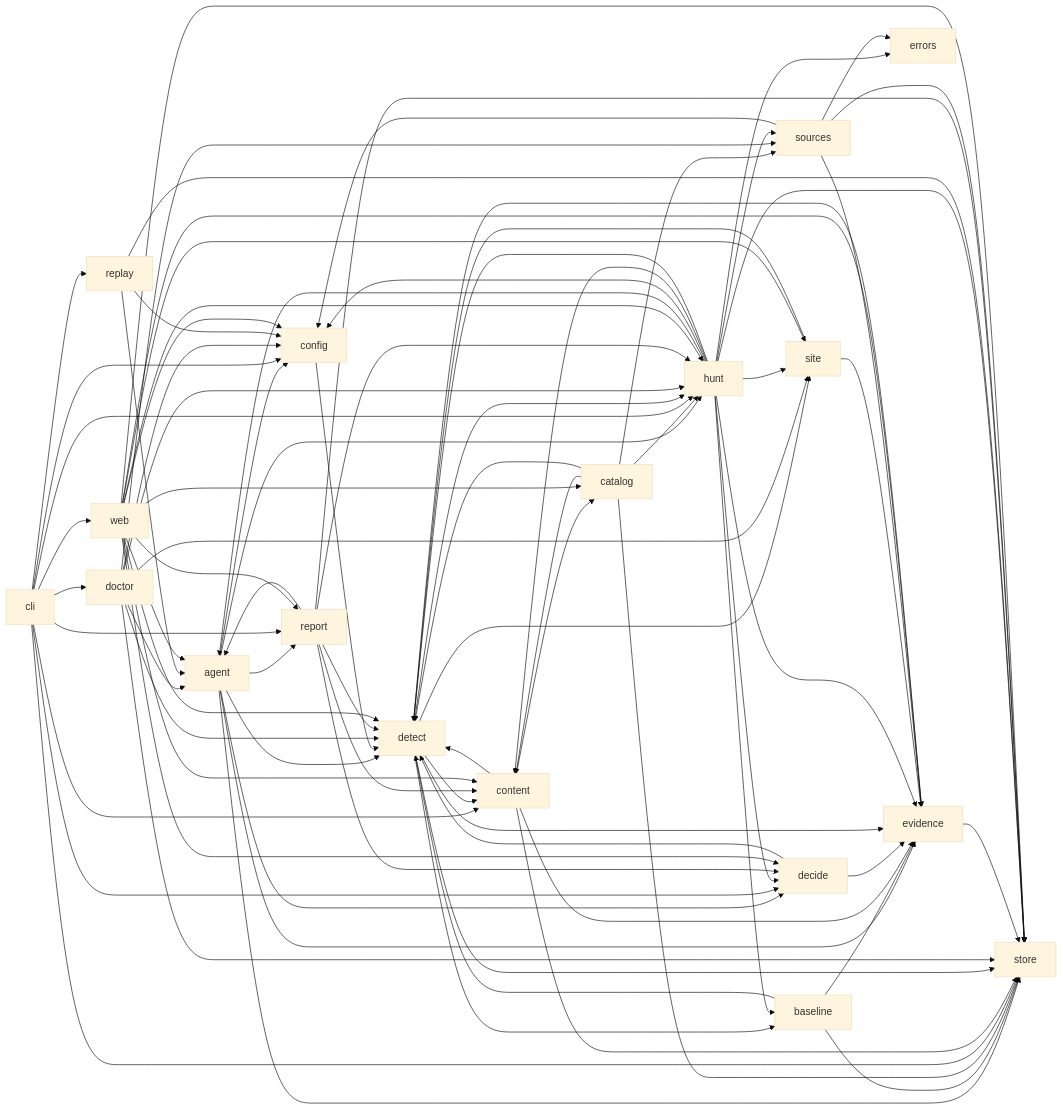
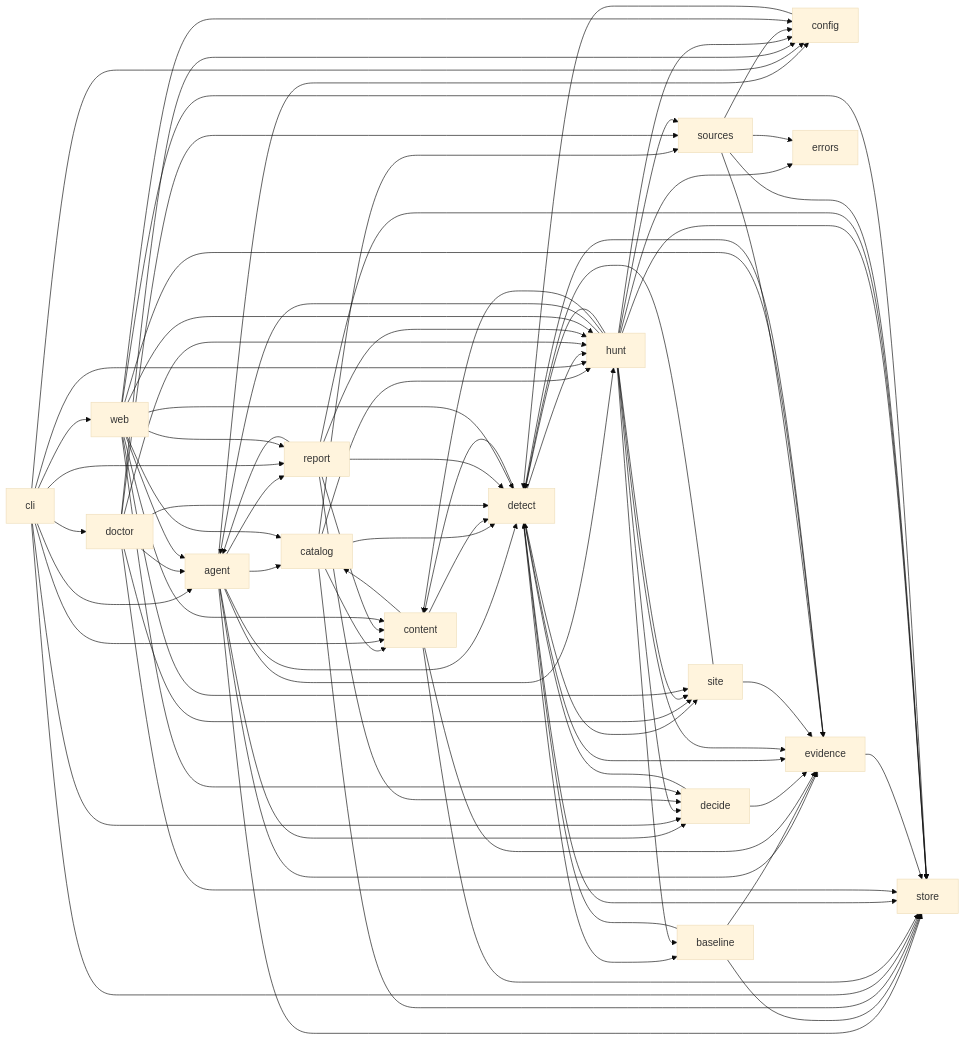
The diagram in docs/architecture/MODULE_MAP.md (nickthabib-cloud/ROMULUS), drawn with Mermaid (base theme) before and after one commit. The commit also changed other lines of this file and 67 other files, not shown here.

````diff
--- a/docs/architecture/MODULE_MAP.md
+++ b/docs/architecture/MODULE_MAP.md
@@ -260,5 +255,6 @@
 ```mermaid
 graph LR
+  agent --> catalog
   agent --> config
   agent --> decide
   agent --> detect
@@ -274,12 +270,12 @@
   catalog --> hunt
   catalog --> sources
   catalog --> store
+  cli --> agent
   cli --> config
   cli --> content
   cli --> decide
   cli --> doctor
   cli --> hunt
-  cli --> replay
   cli --> report
   cli --> store
   cli --> web
@@ -316,9 +312,6 @@
   hunt --> site
   hunt --> sources
   hunt --> store
-  replay --> agent
-  replay --> config
-  replay --> store
   report --> agent
   report --> content
   report --> decide
````
